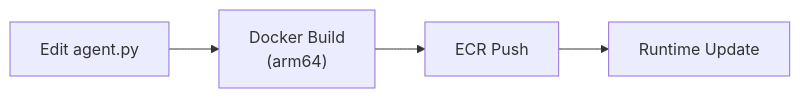
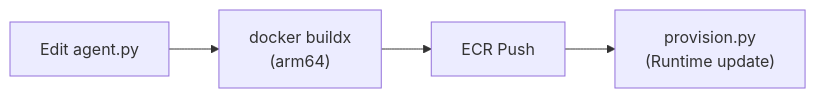
Before and after one commit to Atom-oh/awsops: the fourth of 7 diagrams in docs-site/i18n/en/docusaurus-plugin-content-docs/current/faq/agentcore-memory.md, drawn with Mermaid. The commit also changed other lines of this file and 14 other files, not shown here.

````diff
--- a/docs-site/i18n/en/docusaurus-plugin-content-docs/current/faq/agentcore-memory.md
+++ b/docs-site/i18n/en/docusaurus-plugin-content-docs/current/faq/agentcore-memory.md
@@ -134,6 +193,6 @@
 ```mermaid
 flowchart LR
-  EDIT["Edit agent.py"] --> BUILD["Docker Build<br/>(arm64)"]
+  EDIT["Edit agent.py"] --> BUILD["docker buildx<br/>(arm64)"]
   BUILD --> PUSH["ECR Push"]
-  PUSH --> UPDATE["Runtime Update"]
+  PUSH --> PROV["provision.py<br/>(Runtime update)"]
 ```
````
